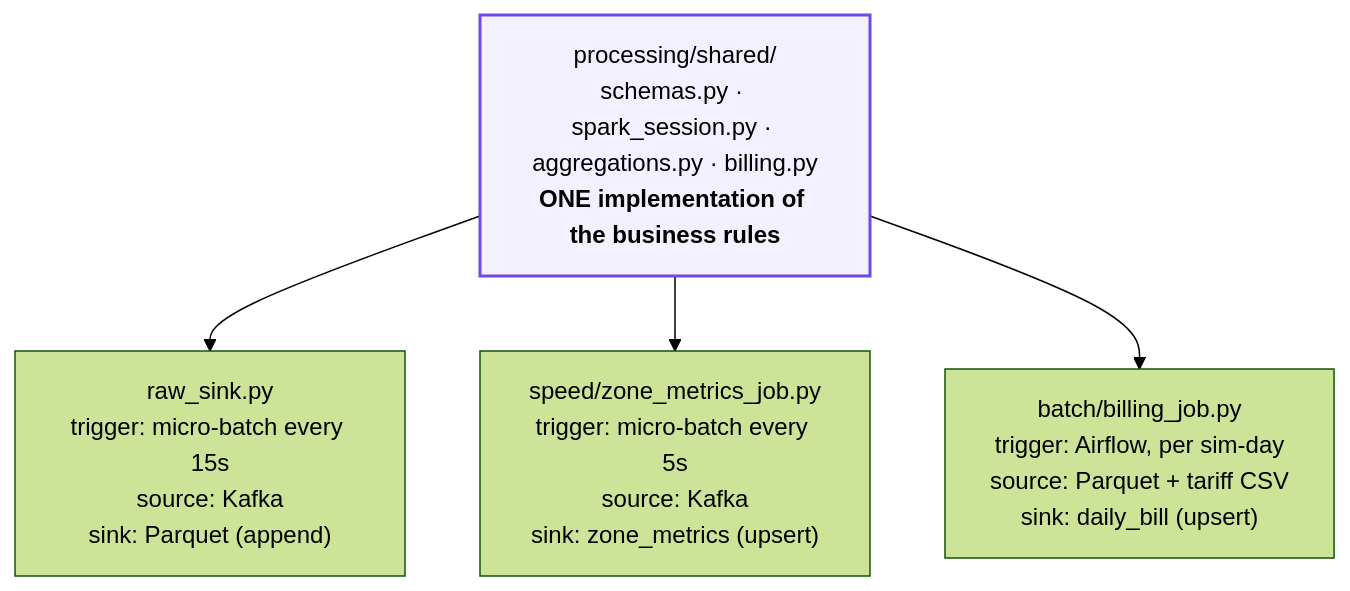
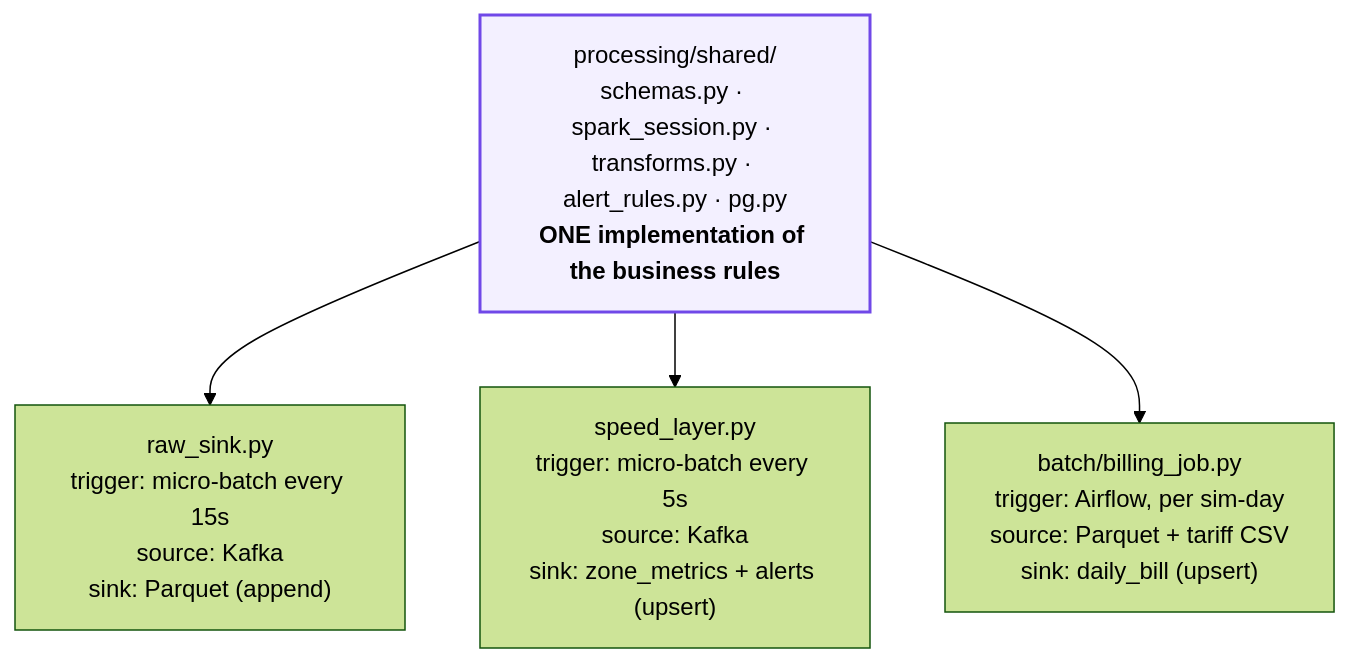
Before and after one commit to kanishkapg/Smart-Grid-Energy: the second of 2 diagrams in docs/01-architecture-diagram.md, drawn with Mermaid (forest theme). The commit also changed other lines of this file and 20 other files, not shown here.

Commit message:
Emit alert rows on low renewable / thresholds and add Prometheus metrics to FastAPI serving layer

````diff
--- a/docs/01-architecture-diagram.md
+++ b/docs/01-architecture-diagram.md
@@ -50,9 +50,9 @@
 ```mermaid
 flowchart TB
-  CM["processing/shared/<br/>schemas.py · spark_session.py · aggregations.py · billing.py<br/><b>ONE implementation of the business rules</b>"]
+  CM["processing/shared/<br/>schemas.py · spark_session.py · transforms.py · alert_rules.py · pg.py<br/><b>ONE implementation of the business rules</b>"]
   CM --> RS["raw_sink.py<br/>trigger: micro-batch every 15s<br/>source: Kafka<br/>sink: Parquet (append)"]
-  CM --> SP["speed/zone_metrics_job.py<br/>trigger: micro-batch every 5s<br/>source: Kafka<br/>sink: zone_metrics (upsert)"]
+  CM --> SP["speed_layer.py<br/>trigger: micro-batch every 5s<br/>source: Kafka<br/>sink: zone_metrics + alerts (upsert)"]
   CM --> BT["batch/billing_job.py<br/>trigger: Airflow, per sim-day<br/>source: Parquet + tariff CSV<br/>sink: daily_bill (upsert)"]
   classDef shared fill:#f3f0ff,stroke:#7048e8,stroke-width:2px
   class CM shared
 ```
````
